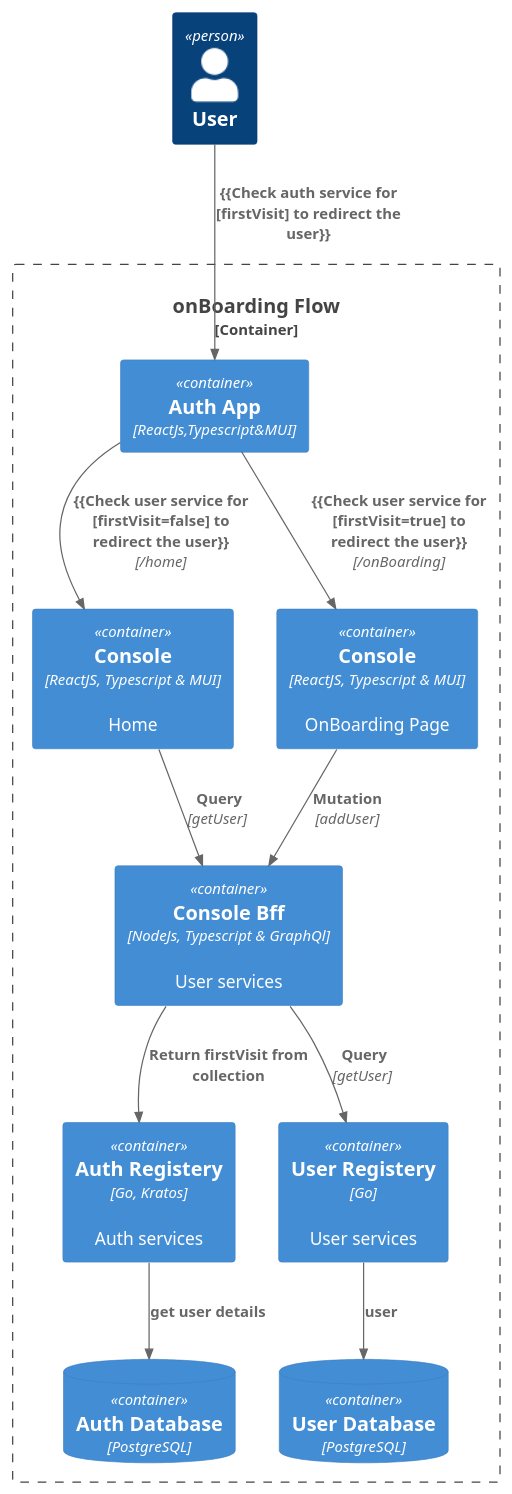
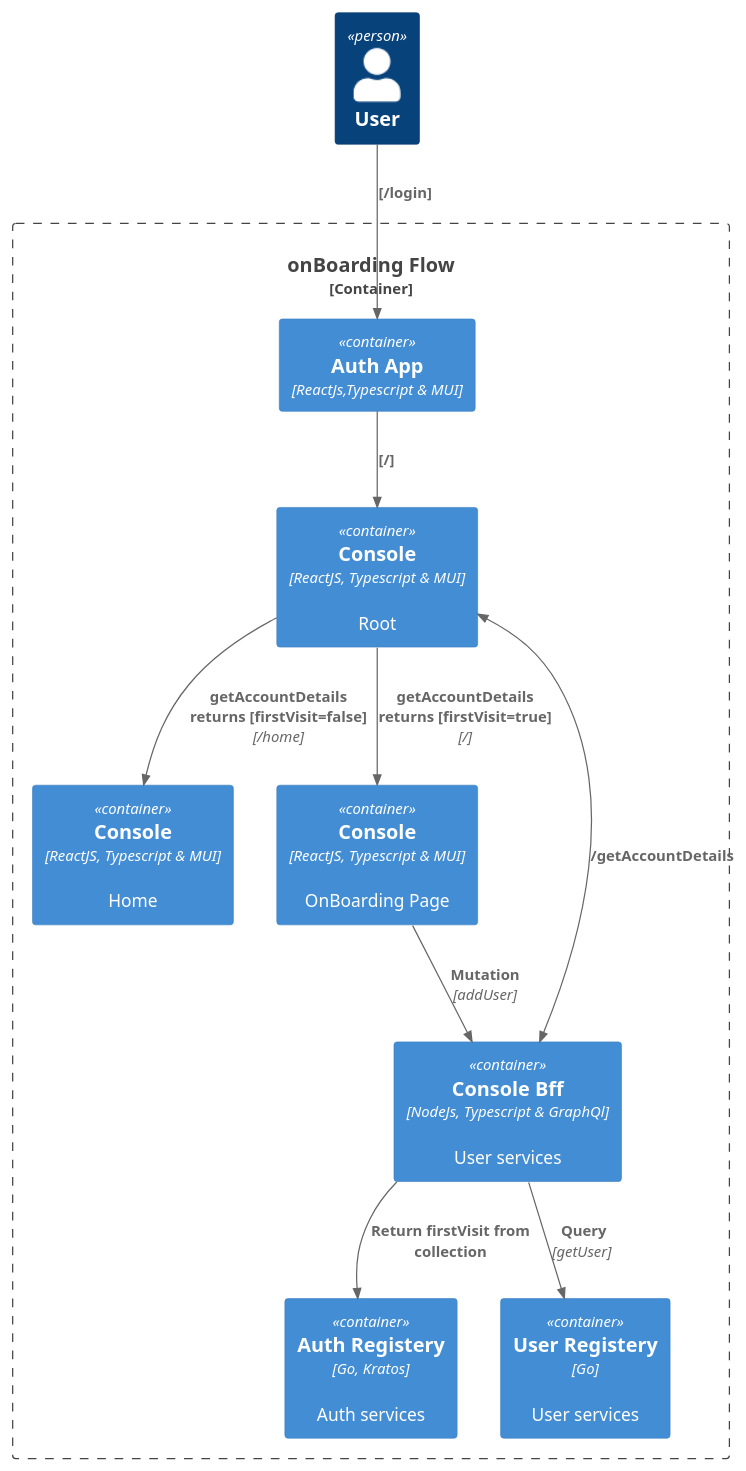
Before and after one commit to ukama/ukama: the diagram in interfaces/console/docs/Onboarding/OnBoarding.puml, drawn with PlantUML.

Commit message:
updated onBoarding use case flow C4

```diff
--- a/interfaces/console/docs/Onboarding/OnBoarding.puml
+++ b/interfaces/console/docs/Onboarding/OnBoarding.puml
@@ -1,24 +1,23 @@
 @startuml C4_Elements
 !include https://raw.githubusercontent.com/plantuml-stdlib/C4-PlantUML/master/C4_Container.puml
 
 Person(personAlias, "User")
 Container_Boundary(c1, "onBoarding Flow") {
+Container(ukamaAuthAlias,"Auth App","ReactJs,Typescript & MUI")
+Container(rootConsole, "Console", "ReactJS, Typescript & MUI", "Root")
 Container(consoleAlias, "Console", "ReactJS, Typescript & MUI", "Home")
-Container(ukamaAuthAlias,"Auth App","ReactJs,Typescript&MUI")
-ContainerDb(KratosDataBaseAlias, "Auth Database","PostgreSQL")
-ContainerDb(DataBaseAlias, "User Database","PostgreSQL")
 Container(consoleOnBoardingAlias, "Console", "ReactJS, Typescript & MUI", "OnBoarding Page")
 Container(bffAlias, "Console Bff", "NodeJs, Typescript & GraphQl", "User services")
 Container(AuthAlias, "Auth Registery", "Go, Kratos", "Auth services")
 Container(cloudAlias, "User Registery", "Go", "User services")
-Rel(personAlias, ukamaAuthAlias, "{{Check auth service for  [firstVisit] to redirect the user}}")
+
+Rel(personAlias, ukamaAuthAlias, "[/login]")
+Rel(ukamaAuthAlias, rootConsole, "[/]")
+Rel(rootConsole, consoleOnBoardingAlias, "getAccountDetails returns [firstVisit=true]", "/")
+Rel( rootConsole, consoleAlias, "getAccountDetails returns [firstVisit=false] ", "/home")
+BiRel( rootConsole, bffAlias, "/getAccountDetails")
 Rel(bffAlias, AuthAlias,"Return firstVisit from collection")
-Rel(ukamaAuthAlias, consoleOnBoardingAlias, "{{Check user service for  [firstVisit=true] to redirect the user}}", "/onBoarding")
-Rel( ukamaAuthAlias, consoleAlias, "{{Check user service for  [firstVisit=false] to redirect the user}}", "/home")
-Rel( AuthAlias, KratosDataBaseAlias, "get user details")
 Rel( consoleOnBoardingAlias, bffAlias, "Mutation","addUser")
-Rel( consoleAlias, bffAlias, " Query","getUser")
 Rel( bffAlias , cloudAlias, " Query","getUser")
-Rel(cloudAlias,DataBaseAlias,"user")
 }
 @enduml
```
